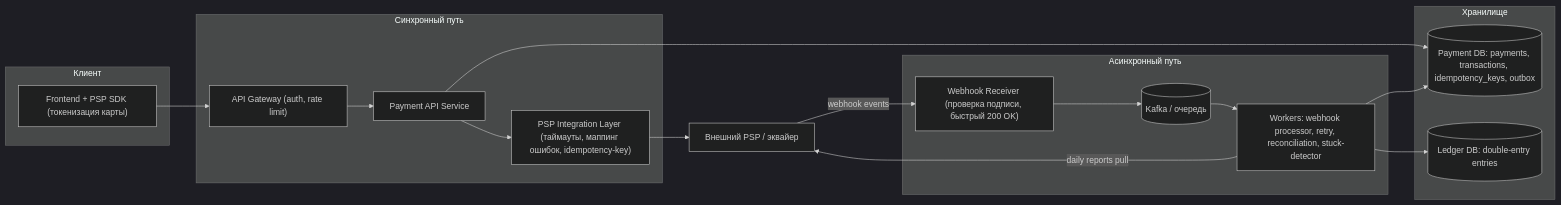
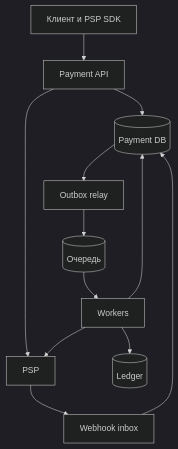
Before and after one commit to AlohaJava/system-design-interview-chamkin: the second of 6 diagrams in 02-case-studies/payment-system.md, drawn with Mermaid (dark theme). The commit also changed other lines of this file and 49 other files, not shown here.

````diff
--- a/02-case-studies/payment-system.md
+++ b/02-case-studies/payment-system.md
@@ -109,31 +113,14 @@
 ```mermaid
-flowchart LR
-    subgraph Client["Клиент"]
-        FE["Frontend + PSP SDK (токенизация карты)"]
-    end
-
-    subgraph Sync["Синхронный путь"]
-        GW["API Gateway (auth, rate limit)"]
-        PAPI["Payment API Service"]
-        PSPL["PSP Integration Layer (таймауты, маппинг ошибок, idempotency-key)"]
-    end
-
-    subgraph Async["Асинхронный путь"]
-        WH["Webhook Receiver (проверка подписи, быстрый 200 OK)"]
-        Q[("Kafka / очередь")]
-        WRK["Workers: webhook processor, retry, reconciliation, stuck-detector"]
-    end
-
-    subgraph Storage["Хранилище"]
-        DB[("Payment DB: payments, transactions, idempotency_keys, outbox")]
-        LGR[("Ledger DB: double-entry entries")]
-    end
-
-    PSP["Внешний PSP / эквайер"]
-
-    FE --> GW --> PAPI --> PSPL --> PSP
-    PAPI --> DB
-    PSP -->|webhook events| WH --> Q --> WRK --> DB
-    WRK --> LGR
-    WRK -->|daily reports pull| PSP
+flowchart TB
+    FE["Клиент и PSP SDK"] --> API["Payment API"]
+    API --> DB[("Payment DB")]
+    API --> PSP["PSP"]
+    PSP --> WH["Webhook inbox"]
+    WH --> DB
+    DB --> REL["Outbox relay"]
+    REL --> Q[("Очередь")]
+    Q --> W["Workers"]
+    W --> PSP
+    W --> DB
+    W --> L[("Ledger")]
 ```
````
